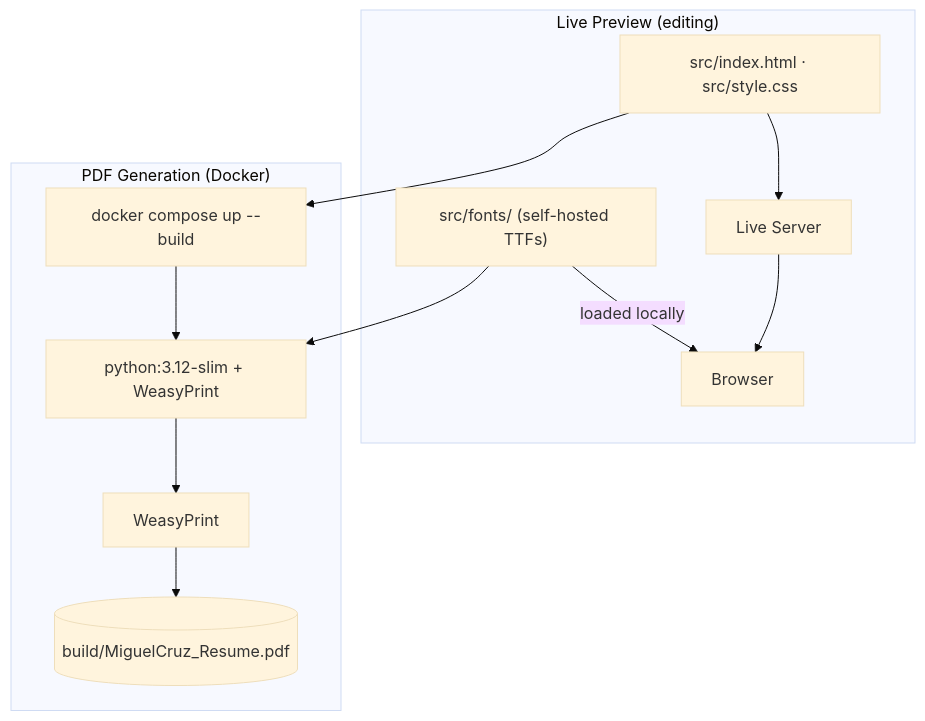
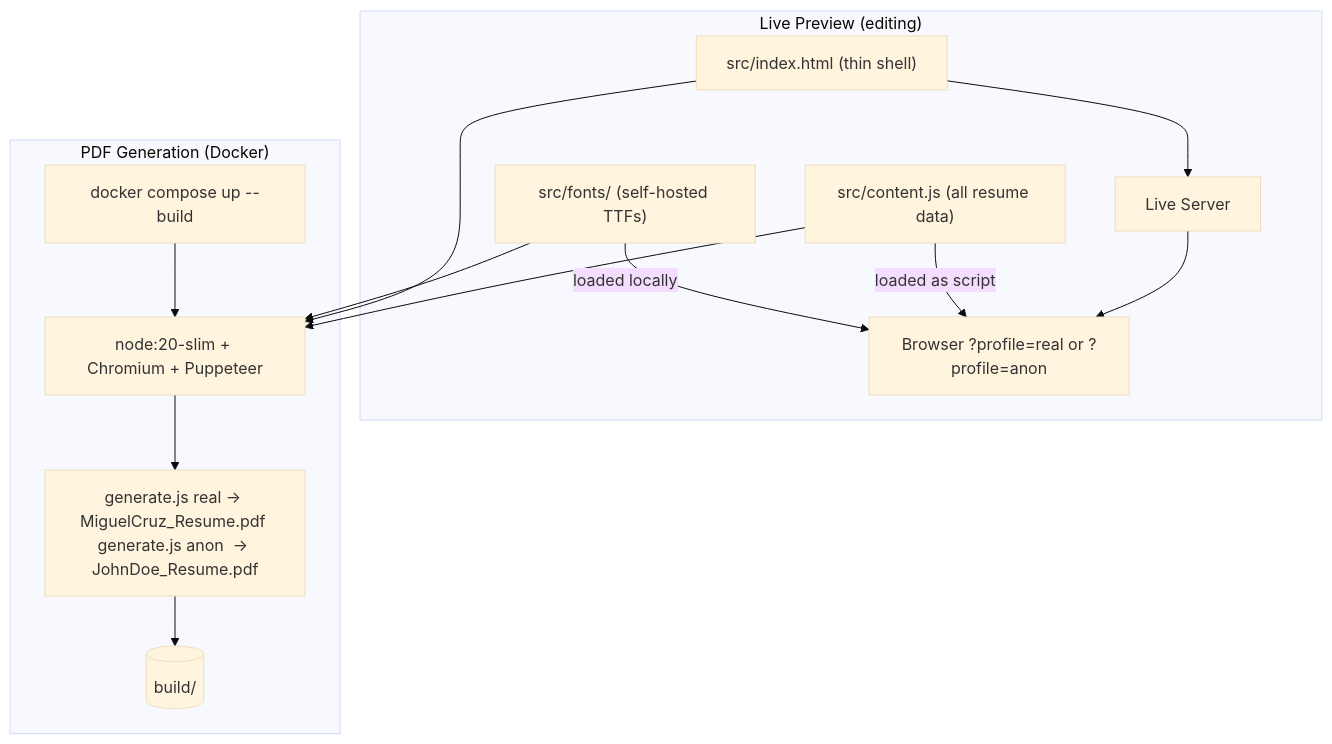
One commit to migcruz/cruzmiguelresume changed the diagram in README.md. Above: the diagram before and after it, drawn with Mermaid (base theme). The commit also changed other lines of this file and 8 other files, not shown here.

Commit message:
migrate from weasyprint to chromium headless + puppeteer. This allows the separation of content from the html

````diff
--- a/README.md
+++ b/README.md
@@ -61,21 +74,25 @@
 ```mermaid
 flowchart TD
-    src["src/index.html · src/style.css"]
+    content["src/content.js (all resume data)"]
+    html["src/index.html (thin shell)"]
     fonts["src/fonts/ (self-hosted TTFs)"]
 
     subgraph preview["Live Preview (editing)"]
         LS["Live Server"]
-        BR["Browser"]
-        src --> LS --> BR
+        BR["Browser ?profile=real or ?profile=anon"]
+        html --> LS --> BR
+        content -->|loaded as script| BR
         fonts -->|loaded locally| BR
     end
 
     subgraph docker["PDF Generation (Docker)"]
         DC["docker compose up --build"]
-        IMG["python:3.12-slim + WeasyPrint"]
-        WP["WeasyPrint"]
-        VOL[("build/MiguelCruz_Resume.pdf")]
-        src --> DC --> IMG --> WP --> VOL
+        IMG["node:20-slim + Chromium + Puppeteer"]
+        GEN["generate.js real → MiguelCruz_Resume.pdf generate.js anon  → JohnDoe_Resume.pdf"]
+        VOL[("build/")]
+        DC --> IMG --> GEN --> VOL
+        content --> IMG
+        html --> IMG
         fonts --> IMG
     end
 ```
````
